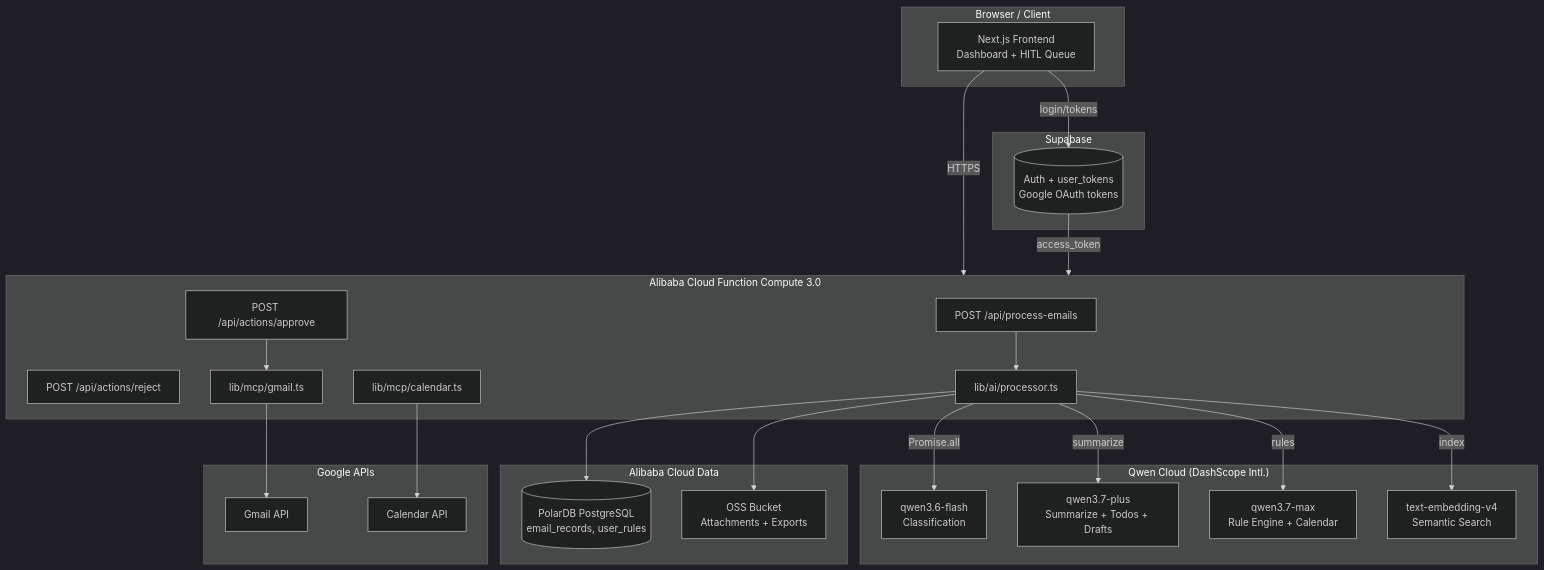
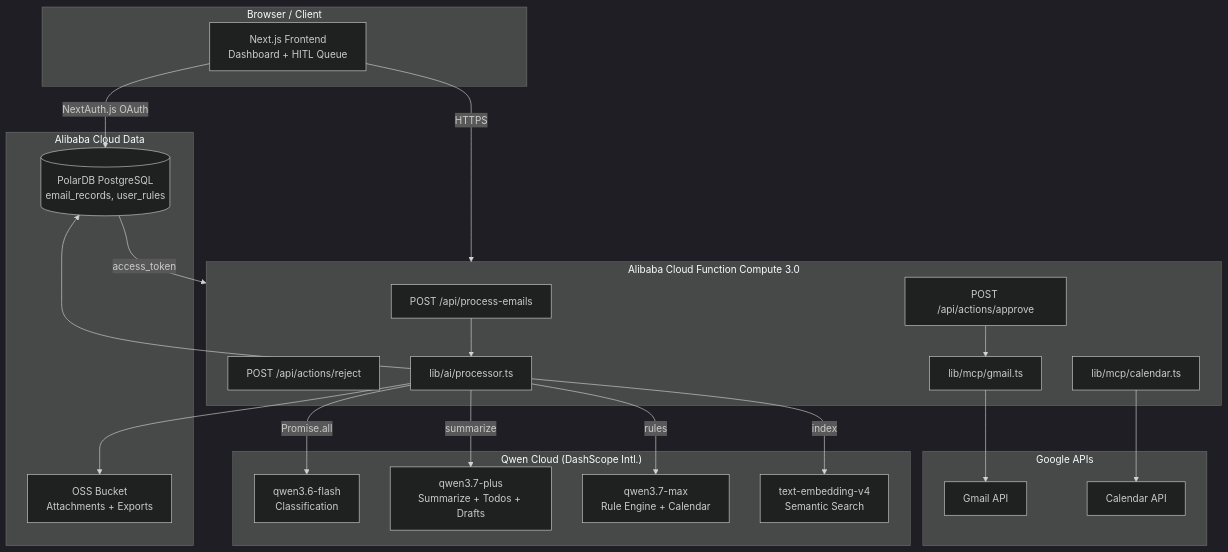
The diagram in PLAN.md (Jiangye-Song/EmailAgent), drawn with Mermaid (dark theme) before and after one commit. The commit also changed other lines of this file and 1 other file, not shown here.

Commit message:
fix: Option A - consolidate all auth+data into PolarDB via NextAuth.js, remove Supabase and maxDuration cap

````diff
--- a/PLAN.md
+++ b/PLAN.md
@@ -40,50 +42,46 @@
 ```mermaid
 graph TB
     subgraph Client["Browser / Client"]
         UI[Next.js Frontend\nDashboard + HITL Queue]
     end
 
     subgraph AliyunFC["Alibaba Cloud Function Compute 3.0"]
         API_PE[POST /api/process-emails]
         API_APR[POST /api/actions/approve]
         API_REJ[POST /api/actions/reject]
         LIB_PROC[lib/ai/processor.ts]
         LIB_GMAIL[lib/mcp/gmail.ts]
         LIB_CAL[lib/mcp/calendar.ts]
     end
 
     subgraph QwenCloud["Qwen Cloud (DashScope Intl.)"]
         M_FLASH[qwen3.6-flash\nClassification]
         M_PLUS[qwen3.7-plus\nSummarize + Todos + Drafts]
         M_MAX[qwen3.7-max\nRule Engine + Calendar]
         M_EMBED[text-embedding-v4\nSemantic Search]
     end
 
     subgraph AliyunData["Alibaba Cloud Data"]
         POLAR[(PolarDB PostgreSQL\nemail_records, user_rules)]
         OSS[OSS Bucket\nAttachments + Exports]
     end
 
-    subgraph SupaAuth["Supabase"]
-        AUTH[(Auth + user_tokens\nGoogle OAuth tokens)]
-    end
-
     subgraph Google["Google APIs"]
         GMAIL[Gmail API]
         GCAL[Calendar API]
     end
 
     UI -->|HTTPS| AliyunFC
     API_PE --> LIB_PROC
     API_APR --> LIB_GMAIL
     LIB_PROC -->|Promise.all| M_FLASH
     LIB_PROC -->|summarize| M_PLUS
     LIB_PROC -->|rules| M_MAX
     LIB_PROC -->|index| M_EMBED
     LIB_PROC --> POLAR
     LIB_PROC --> OSS
     LIB_GMAIL --> GMAIL
     LIB_CAL --> GCAL
-    UI -->|login/tokens| AUTH
-    AUTH -->|access_token| AliyunFC
+    UI -->|NextAuth.js OAuth| POLAR
+    POLAR -->|access_token| AliyunFC
 ```
````
